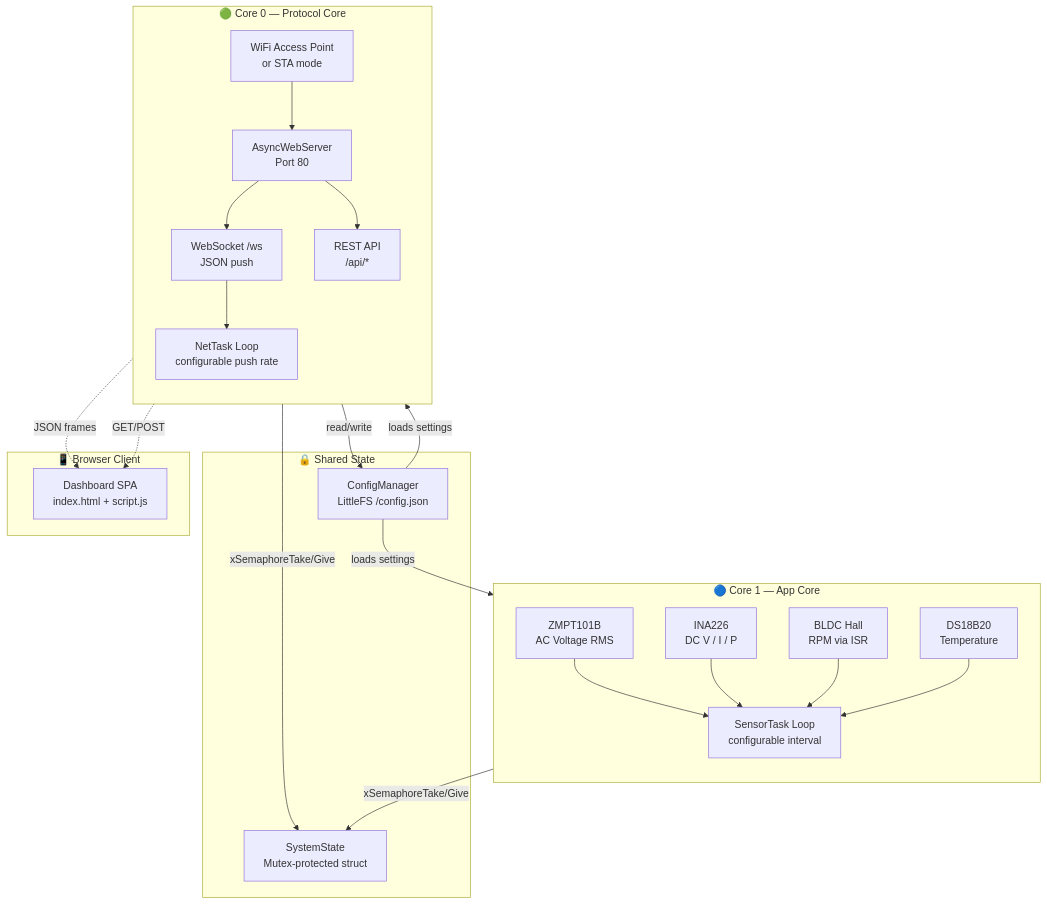
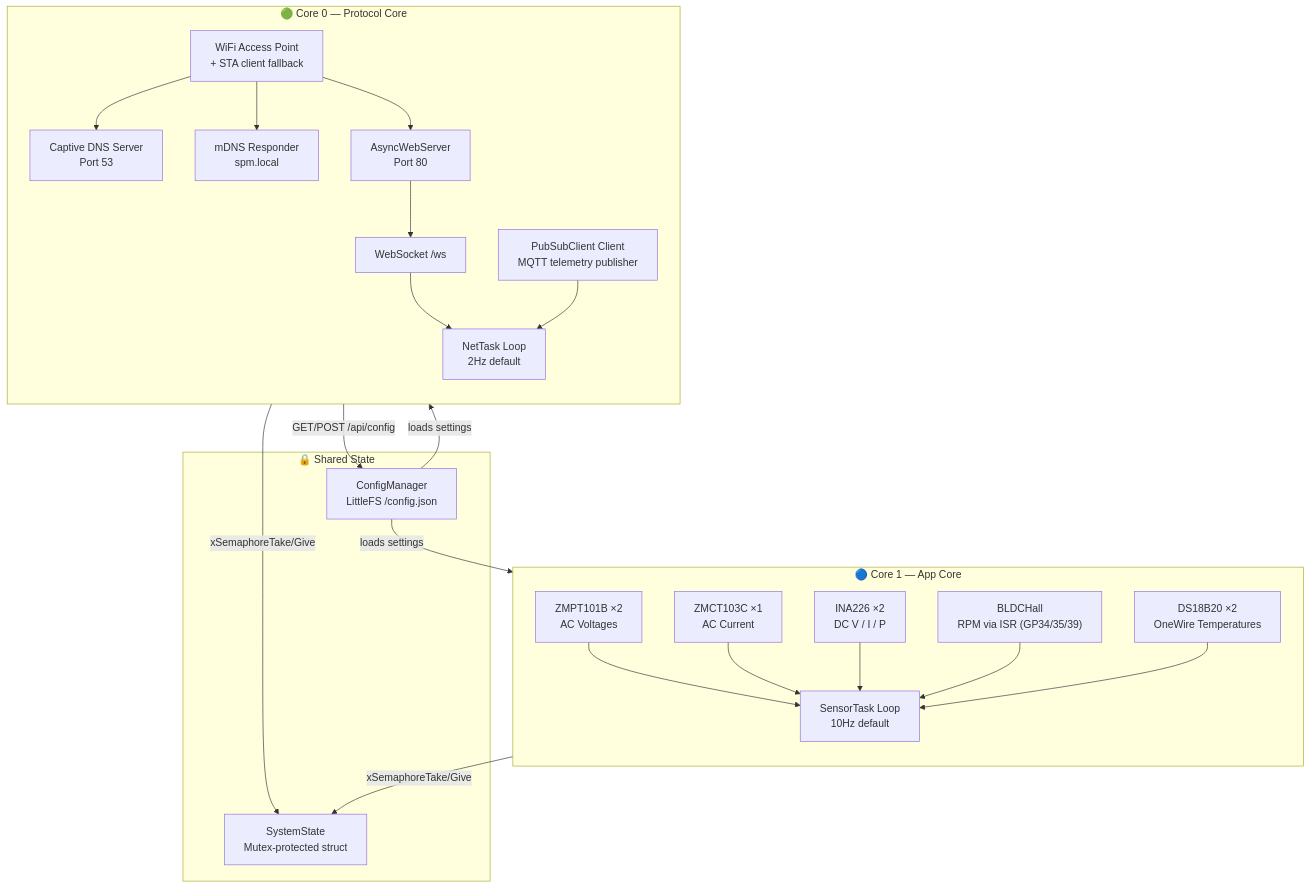
Before and after one commit to SepTGut/MonitoringESP32-cl: the diagram in README.md, drawn with Mermaid. The commit also changed other lines of this file and 21 other files, not shown here.

Commit message:
feat: implement sensor monitoring architecture with core configuration, system state management, and driver support for ZMCT103C, INA226, ZMPT101B, and BLDC sensors.

````diff
--- a/README.md
+++ b/README.md
@@ -89,46 +87,46 @@
 ```mermaid
 flowchart TB
     subgraph CORE1["🔵 Core 1 — App Core"]
         direction TB
-        ZMPT[ZMPT101B<br/>AC Voltage RMS]
-        INA[INA226<br/>DC V / I / P]
-        HALL[BLDC Hall<br/>RPM via ISR]
-        DS18[DS18B20<br/>Temperature]
-        ST[SensorTask Loop<br/>configurable interval]
+        ZMPT["ZMPT101B ×2<br/>AC Voltages"]
+        ZMCT["ZMCT103C ×1<br/>AC Current"]
+        INA["INA226 ×2<br/>DC V / I / P"]
+        HALL["BLDCHall<br/>RPM via ISR (GP34/35/39)"]
+        DS18["DS18B20 ×2<br/>OneWire Temperatures"]
+        ST[SensorTask Loop<br/>10Hz default]
         ZMPT --> ST
+        ZMCT --> ST
         INA --> ST
         HALL --> ST
         DS18 --> ST
     end
 
     subgraph CORE0["🟢 Core 0 — Protocol Core"]
         direction TB
-        WIFI[WiFi Access Point<br/>or STA mode]
+        WIFI[WiFi Access Point<br/>+ STA client fallback]
+        DNS[Captive DNS Server<br/>Port 53]
+        MDNS[mDNS Responder<br/>spm.local]
+        MQTT[PubSubClient Client<br/>MQTT telemetry publisher]
         WEB[AsyncWebServer<br/>Port 80]
-        WS[WebSocket /ws<br/>JSON push]
-        API[REST API<br/>/api/*]
+        WS[WebSocket /ws]
+        
+        WIFI --> DNS
+        WIFI --> MDNS
         WIFI --> WEB
         WEB --> WS
-        WEB --> API
-        NT[NetTask Loop<br/>configurable push rate]
+        NT[NetTask Loop<br/>2Hz default]
         WS --> NT
+        MQTT --> NT
     end
 
     subgraph SHARED["🔒 Shared State"]
         SS[SystemState<br/>Mutex-protected struct]
         CM[ConfigManager<br/>LittleFS /config.json]
     end
 
     ST -->|"xSemaphoreTake/Give"| SS
     NT -->|"xSemaphoreTake/Give"| SS
     CM -->|"loads settings"| ST
     CM -->|"loads settings"| NT
-    API -->|"read/write"| CM
-
-    subgraph CLIENT["📱 Browser Client"]
-        DASH[Dashboard SPA<br/>index.html + script.js]
-    end
-
-    WS -.->|"JSON frames"| DASH
-    API -.->|"GET/POST"| DASH
+    WEB -->|"GET/POST /api/config"| CM
 ```
````
